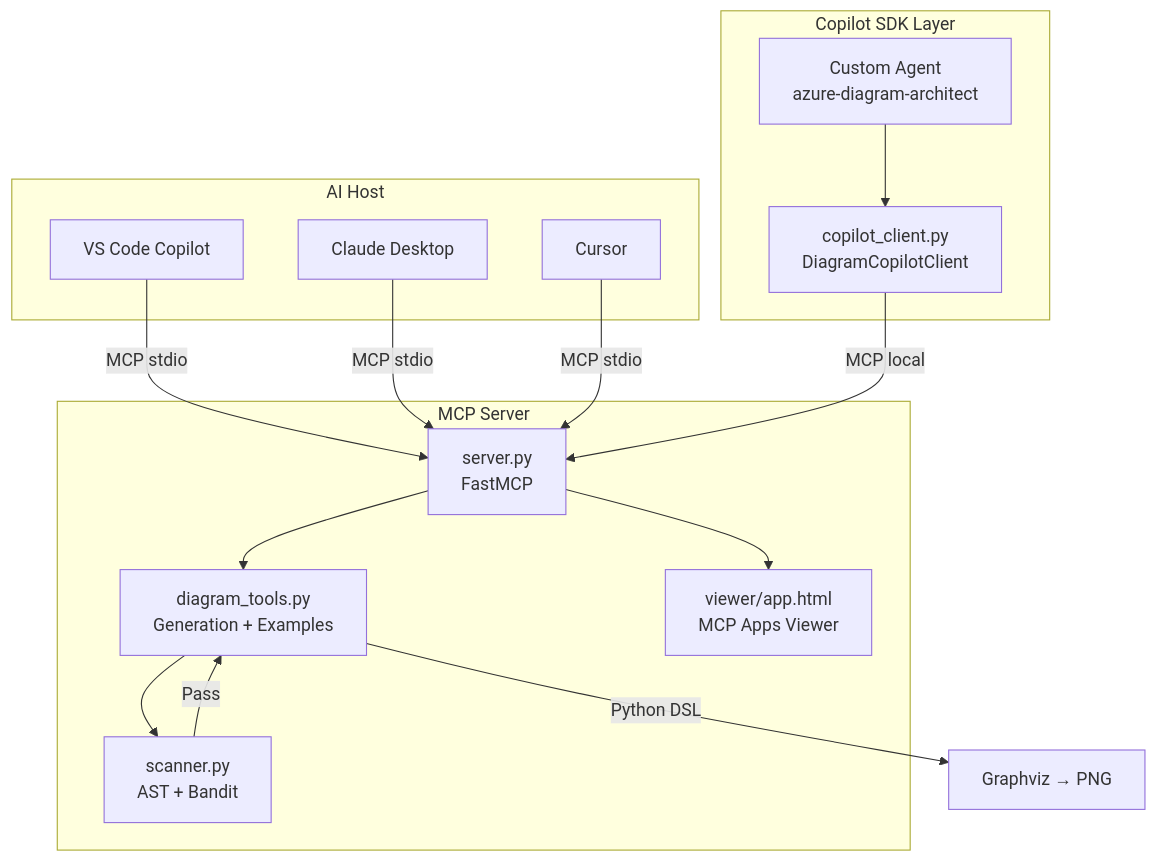
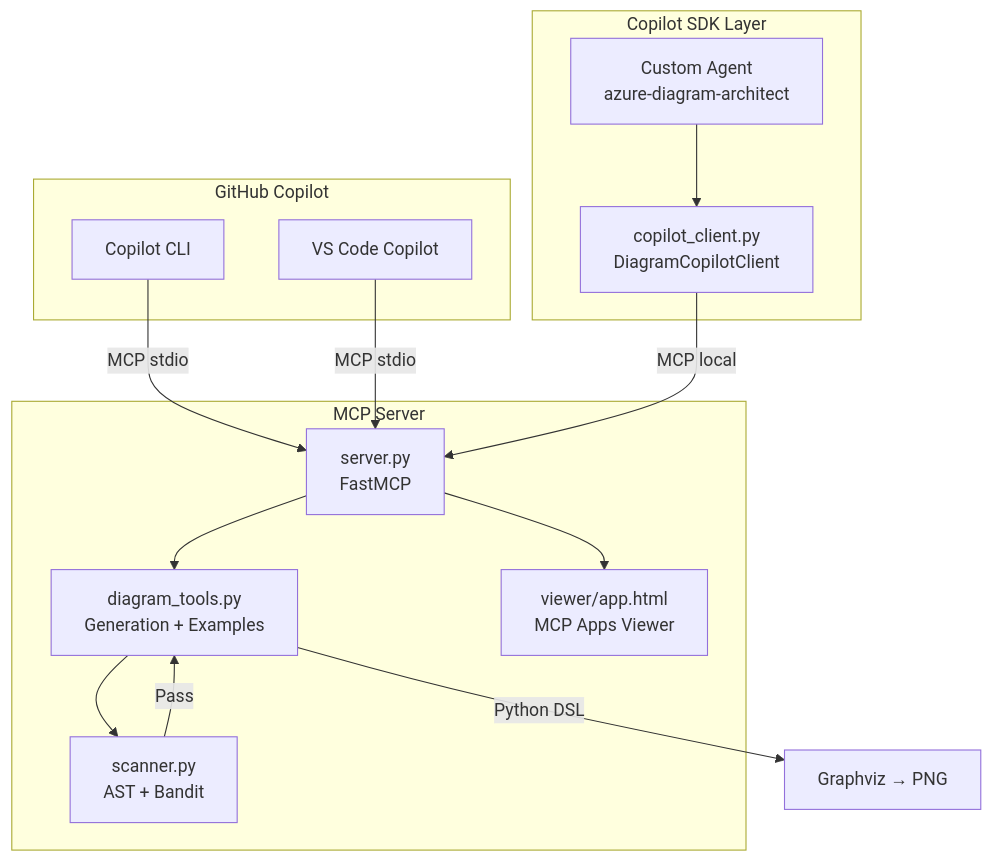
Before and after one commit to microsoft/diagrams-mcp-server: the second of 5 diagrams in README.md, drawn with Mermaid. The commit also changed other lines of this file and 9 other files, not shown here.

First line of the commit message:
fix: Copilot-focused docs, MCP Apps viewer docs, CI fixes

````diff
--- a/README.md
+++ b/README.md
@@ -83,29 +94,28 @@
 ```mermaid
 graph TB
-    subgraph "AI Host"
+    subgraph "GitHub Copilot"
+        CLI[Copilot CLI]
         VS[VS Code Copilot]
-        CD[Claude Desktop]
-        CU[Cursor]
     end
 
     subgraph "MCP Server"
         S[server.py<br/>FastMCP]
         DT[diagram_tools.py<br/>Generation + Examples]
         SC[scanner.py<br/>AST + Bandit]
         V[viewer/app.html<br/>MCP Apps Viewer]
     end
 
     subgraph "Copilot SDK Layer"
         CC[copilot_client.py<br/>DiagramCopilotClient]
         AG[Custom Agent<br/>azure-diagram-architect]
     end
 
-    VS & CD & CU -->|MCP stdio| S
+    CLI & VS -->|MCP stdio| S
     CC -->|MCP local| S
     AG --> CC
     S --> DT
     S --> V
     DT --> SC
     SC -->|Pass| DT
     DT -->|Python DSL| GV[Graphviz → PNG]
 ```
````
